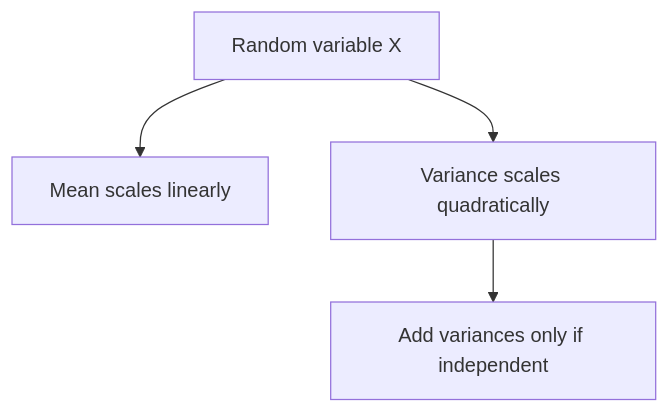
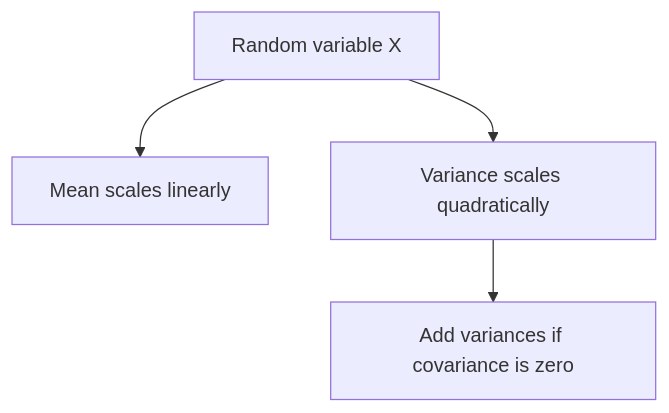
Before and after one commit to Unravel2802/MyHub: the diagram in content/curriculum/ml-foundations.probability/01-probability-and-statistics.md, drawn with Mermaid. The commit also changed other lines of this file and 4 other files, not shown here.

````diff
--- a/content/curriculum/ml-foundations.probability/01-probability-and-statistics.md
+++ b/content/curriculum/ml-foundations.probability/01-probability-and-statistics.md
@@ -122,6 +122,6 @@
 ```mermaid
 flowchart TB
   X[Random variable X] --> E[Mean scales linearly]
   X --> V[Variance scales quadratically]
-  V --> I[Add variances only if independent]
+  V --> I[Add variances if covariance is zero]
 ```
````
